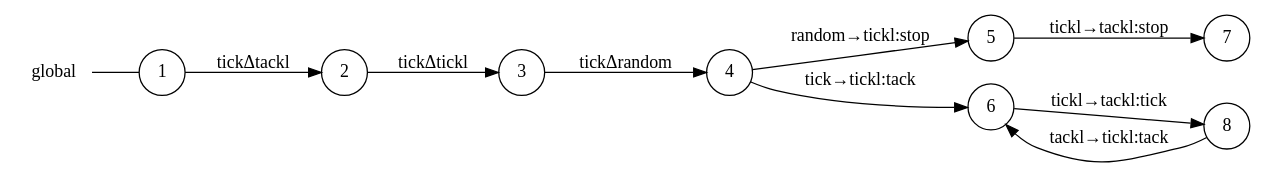
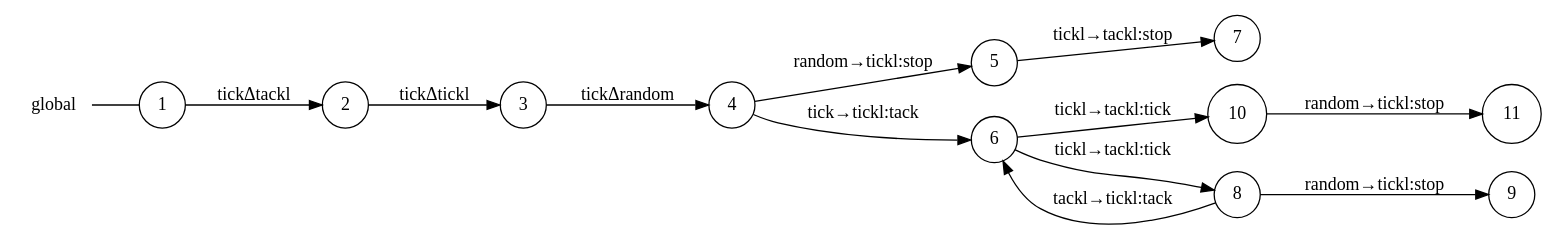
One commit to gabrielegenovese/chorer changed the diagram in example/ticktack/tick_global_view.dot. Above: the diagram before and after it, drawn with Graphviz. The commit also changed 1 other file, not shown here.

```diff
--- a/example/ticktack/tick_global_view.dot
+++ b/example/ticktack/tick_global_view.dot
@@ -1,22 +1,28 @@
 digraph global {
 	rankdir="LR";
 	n_0 [label="global", shape="plaintext"];
 	n_1 [id="5", shape=circle, label="5"];
-	n_2 [id="6", shape=circle, label="6"];
-	n_3 [id="1", shape=circle, label="1"];
-	n_0 -> n_3 [arrowhead=none];
-	n_4 [id="2", shape=circle, label="2"];
-	n_5 [id="8", shape=circle, label="8"];
-	n_6 [id="4", shape=circle, label="4"];
-	n_7 [id="7", shape=circle, label="7"];
-	n_8 [id="3", shape=circle, label="3"];
+	n_2 [id="11", shape=circle, label="11"];
+	n_3 [id="6", shape=circle, label="6"];
+	n_4 [id="10", shape=circle, label="10"];
+	n_5 [id="1", shape=circle, label="1"];
+	n_0 -> n_5 [arrowhead=none];
+	n_6 [id="9", shape=circle, label="9"];
+	n_7 [id="2", shape=circle, label="2"];
+	n_8 [id="8", shape=circle, label="8"];
+	n_9 [id="4", shape=circle, label="4"];
+	n_10 [id="7", shape=circle, label="7"];
+	n_11 [id="3", shape=circle, label="3"];
 
-	n_4 -> n_8 [id="[$e|1]", label="tickΔtickl"];
-	n_6 -> n_1 [id="[$e|3]", label="random→tickl:stop"];
-	n_2 -> n_5 [id="[$e|6]", label="tickl→tackl:tick"];
-	n_5 -> n_2 [id="[$e|7]", label="tackl→tickl:tack"];
-	n_1 -> n_7 [id="[$e|5]", label="tickl→tackl:stop"];
-	n_3 -> n_4 [id="[$e|0]", label="tickΔtackl"];
-	n_6 -> n_2 [id="[$e|4]", label="tick→tickl:tack"];
-	n_8 -> n_6 [id="[$e|2]", label="tickΔrandom"];
+	n_7 -> n_11 [id="[$e|1]", label="tickΔtickl"];
+	n_9 -> n_1 [id="[$e|3]", label="random→tickl:stop"];
+	n_3 -> n_8 [id="[$e|6]", label="tickl→tackl:tick"];
+	n_8 -> n_6 [id="[$e|7]", label="random→tickl:stop"];
+	n_1 -> n_10 [id="[$e|5]", label="tickl→tackl:stop"];
+	n_5 -> n_7 [id="[$e|0]", label="tickΔtackl"];
+	n_8 -> n_3 [id="[$e|8]", label="tackl→tickl:tack"];
+	n_9 -> n_3 [id="[$e|4]", label="tick→tickl:tack"];
+	n_11 -> n_9 [id="[$e|2]", label="tickΔrandom"];
+	n_3 -> n_4 [id="[$e|9]", label="tickl→tackl:tick"];
+	n_4 -> n_2 [id="[$e|10]", label="random→tickl:stop"];
 }
```
